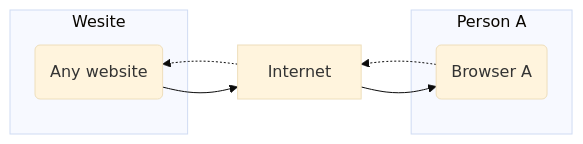
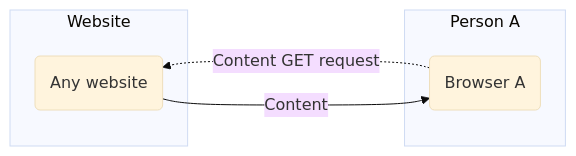
The first of 2 diagrams in docs/feasibility_study/src/Capabilities/Surf_safe.md (ourworldventures/ourworld_books_OLD), drawn with Mermaid (base theme) before and after one commit. The commit also changed other lines of this file and 36 other files, not shown here.

````diff
--- a/docs/feasibility_study/src/Capabilities/Surf_safe.md
+++ b/docs/feasibility_study/src/Capabilities/Surf_safe.md
@@ -13,19 +13,15 @@
 ```mermaid
 graph RL
     subgraph Person A
     PERSONA(Browser A)
     end
 
-    Internet
-    PERSONA .-> Internet
-
-    subgraph Wesite
+    subgraph Website
     WEB(Any website)
     end
     
-    Internet .-> WEB
+    PERSONA .->|Content GET request| WEB
 
-    WEB --> Internet
-    Internet --> PERSONA
+    WEB -->|Content| PERSONA
 
 ```
````
